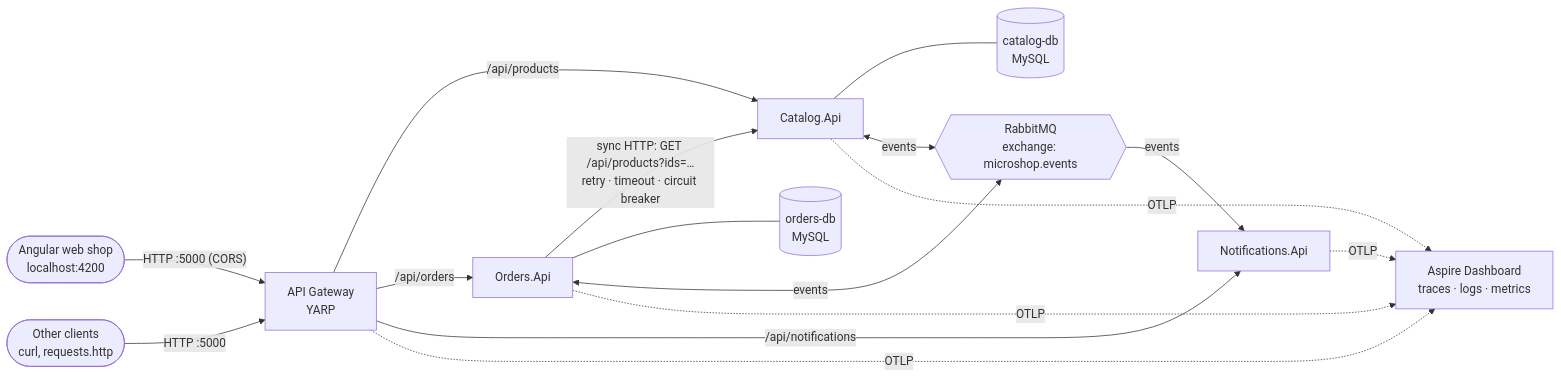
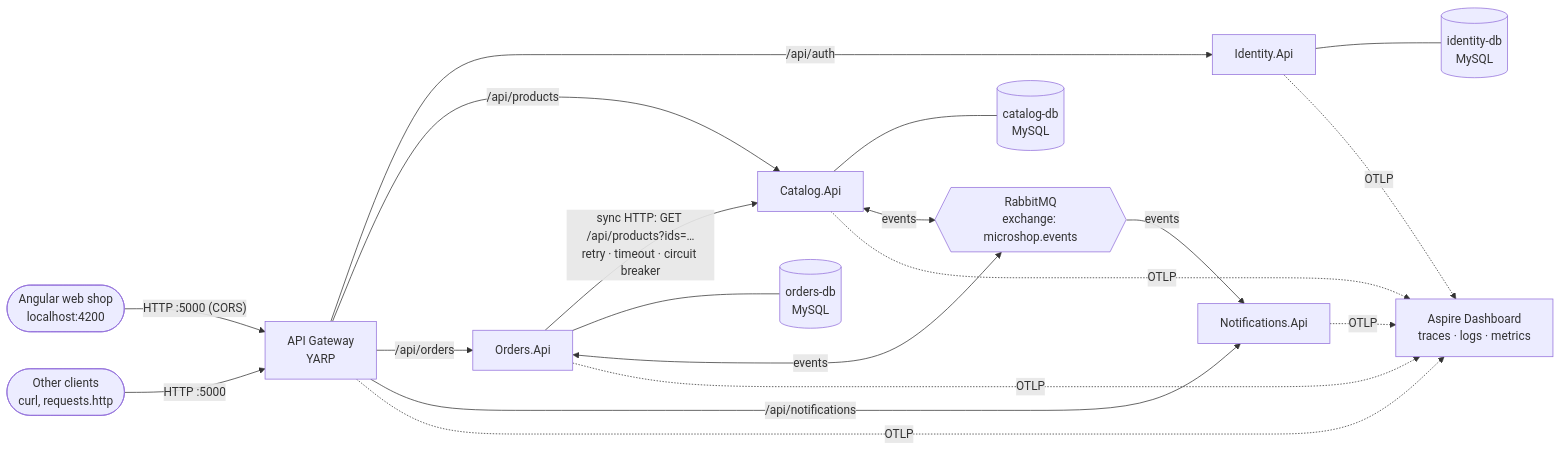
The first of 2 diagrams in README.md (MayurPol1/microservices-learning), drawn with Mermaid before and after one commit. The commit also changed other lines of this file and 2 other files, not shown here.

First line of the commit message:
docs: identity, roles and cancel in the READMEs; smoke test covers them

````diff
--- a/README.md
+++ b/README.md
@@ -35,23 +36,26 @@
 ```mermaid
 flowchart LR
     web([Angular web shop<br/>localhost:4200]) -->|"HTTP :5000 (CORS)"| gw[API Gateway<br/>YARP]
     client([Other clients<br/>curl, requests.http]) -->|HTTP :5000| gw
 
+    gw -->|/api/auth| id[Identity.Api]
     gw -->|/api/products| cat[Catalog.Api]
     gw -->|/api/orders| ord[Orders.Api]
     gw -->|/api/notifications| notif[Notifications.Api]
 
     ord -->|"sync HTTP: GET /api/products?ids=…<br/>retry · timeout · circuit breaker"| cat
 
+    id --- iddb[(identity-db<br/>MySQL)]
     cat --- catdb[(catalog-db<br/>MySQL)]
     ord --- orddb[(orders-db<br/>MySQL)]
 
     ord <-->|events| mq{{RabbitMQ<br/>exchange: microshop.events}}
     cat <-->|events| mq
     mq -->|events| notif
 
     gw -. OTLP .-> dash[Aspire Dashboard<br/>traces · logs · metrics]
+    id -. OTLP .-> dash
     cat -. OTLP .-> dash
     ord -. OTLP .-> dash
     notif -. OTLP .-> dash
 ```
````
